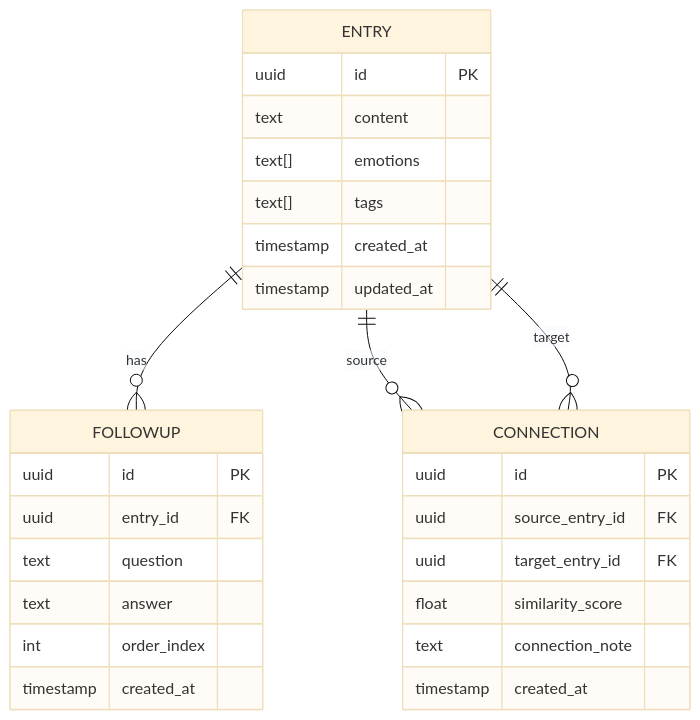
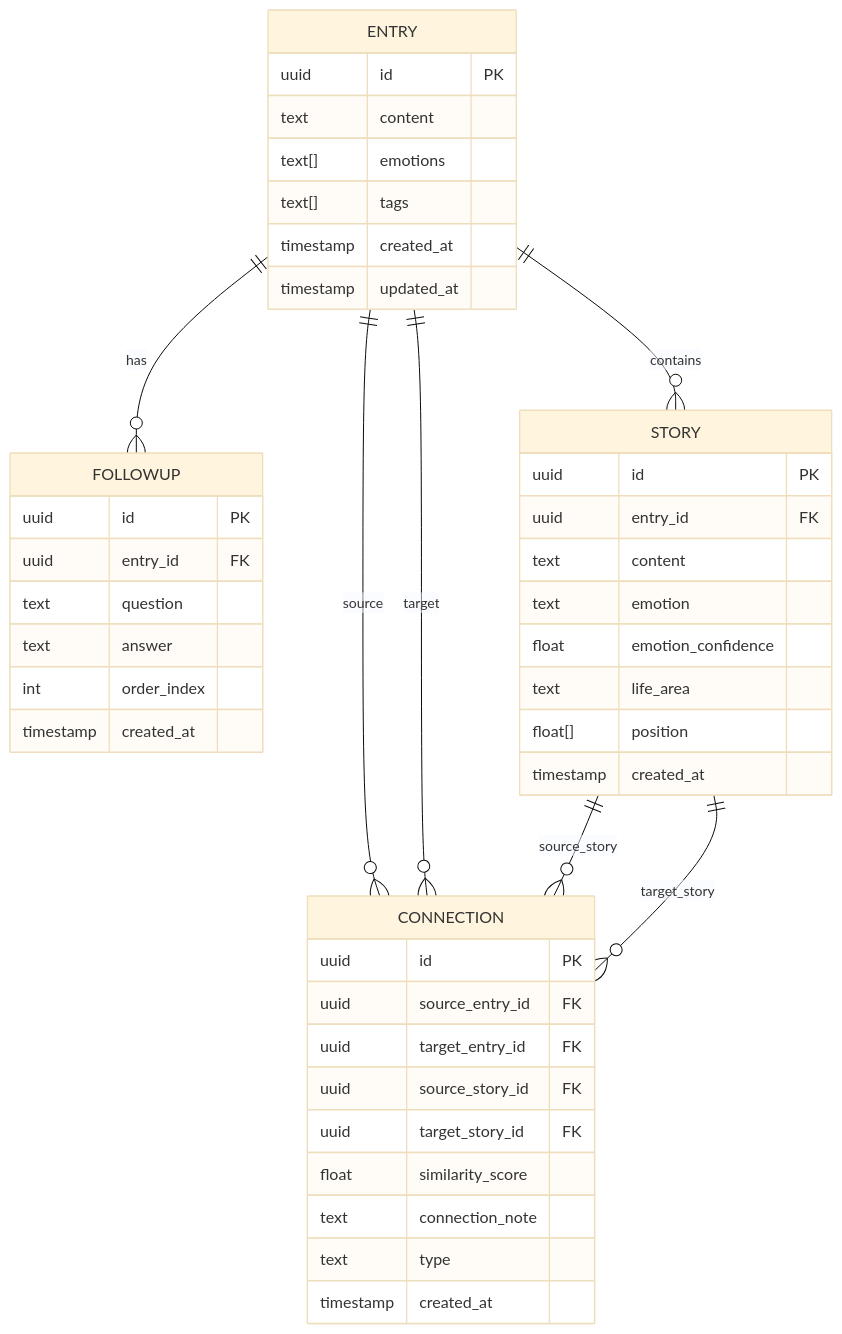
The second of 5 diagrams in docs/architecture.md (Quamca/dotflow), drawn with Mermaid (base theme) before and after one commit. The commit also changed other lines of this file and 2 other files, not shown here.

````diff
--- a/docs/architecture.md
+++ b/docs/architecture.md
@@ -45,33 +45,50 @@
 ```mermaid
 erDiagram
     ENTRY ||--o{ FOLLOWUP : has
+    ENTRY ||--o{ STORY : contains
     ENTRY ||--o{ CONNECTION : source
     ENTRY ||--o{ CONNECTION : target
+    STORY ||--o{ CONNECTION : source_story
+    STORY ||--o{ CONNECTION : target_story
 
     ENTRY {
         uuid id PK
         text content
         text[] emotions
         text[] tags
         timestamp created_at
         timestamp updated_at
+    }
+
+    STORY {
+        uuid id PK
+        uuid entry_id FK
+        text content
+        text emotion
+        float emotion_confidence
+        text life_area
+        float[] position
+        timestamp created_at
     }
 
     FOLLOWUP {
         uuid id PK
         uuid entry_id FK
         text question
         text answer
         int order_index
         timestamp created_at
     }
 
     CONNECTION {
         uuid id PK
         uuid source_entry_id FK
         uuid target_entry_id FK
+        uuid source_story_id FK
+        uuid target_story_id FK
         float similarity_score
         text connection_note
+        text type
         timestamp created_at
     }
 ```
````
